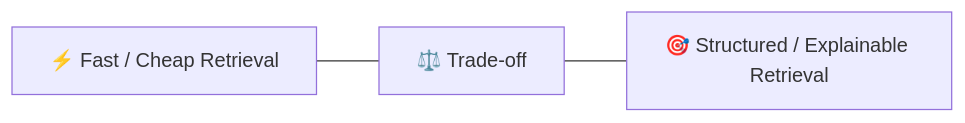
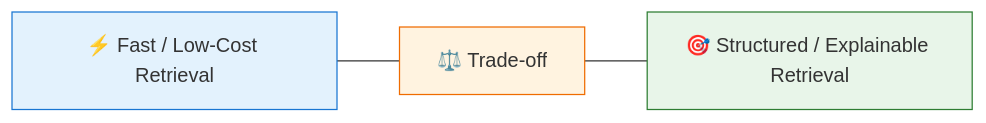
One commit to Amie-dev/FDE-and-GenAI-Mastery changed diagram 16 of 17 in Lecture 18 - Vectorless RAG and LLM Wiki/notes/03_agentic_tree_search_llm_relevance.md. Above: the diagram before and after it, drawn with Mermaid. The commit also changed other lines of this file and 6 other files, not shown here.

````diff
--- a/Lecture 18 - Vectorless RAG and LLM Wiki/notes/03_agentic_tree_search_llm_relevance.md
+++ b/Lecture 18 - Vectorless RAG and LLM Wiki/notes/03_agentic_tree_search_llm_relevance.md
@@ -719,9 +939,13 @@
 ```mermaid
 flowchart LR
 
-    SPEED["⚡ Fast / Cheap Retrieval"]
+    SPEED["⚡ Fast / Low-Cost Retrieval"]
+    QUALITY["🎯 Structured / Explainable Retrieval"]
+    TRADE["⚖️ Trade-off"]
 
-    QUALITY["🎯 Structured / Explainable Retrieval"]
+    SPEED --- TRADE --- QUALITY
 
-    SPEED --- TRADE["⚖️ Trade-off"] --- QUALITY
+    style SPEED fill:#e3f2fd,stroke:#1976d2
+    style QUALITY fill:#e8f5e9,stroke:#2e7d32
+    style TRADE fill:#fff3e0,stroke:#ef6c00
 ```
````
